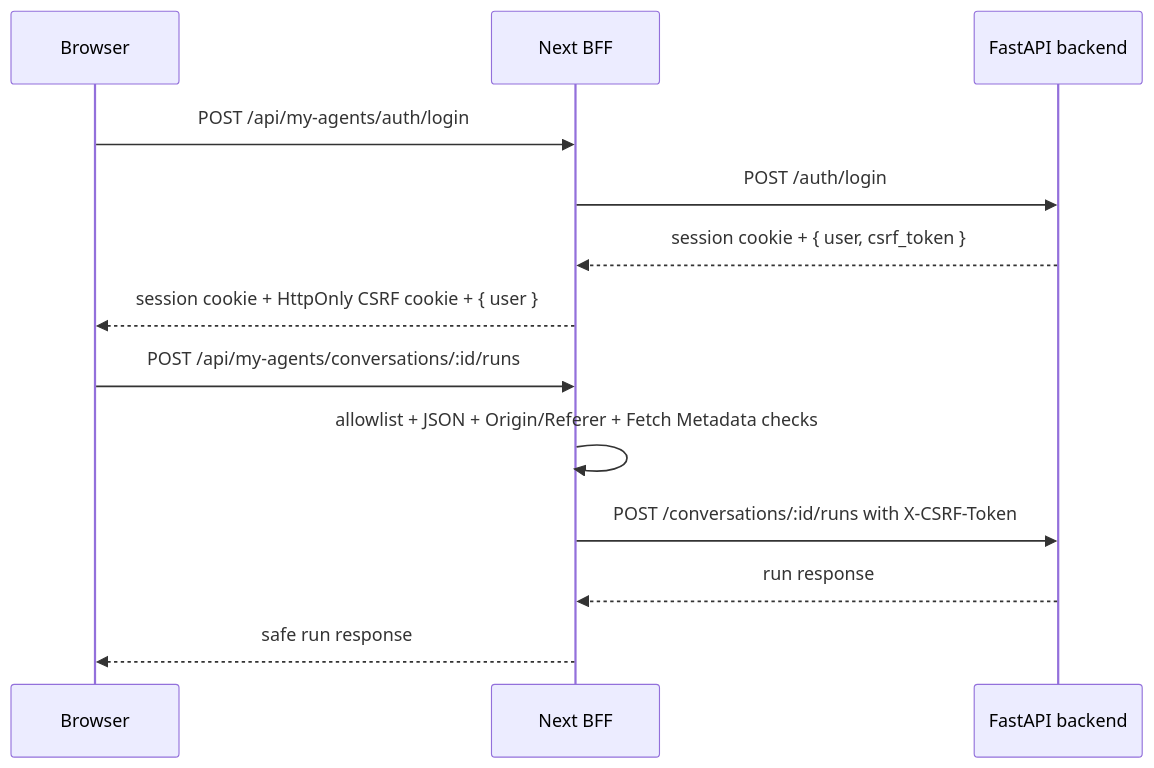
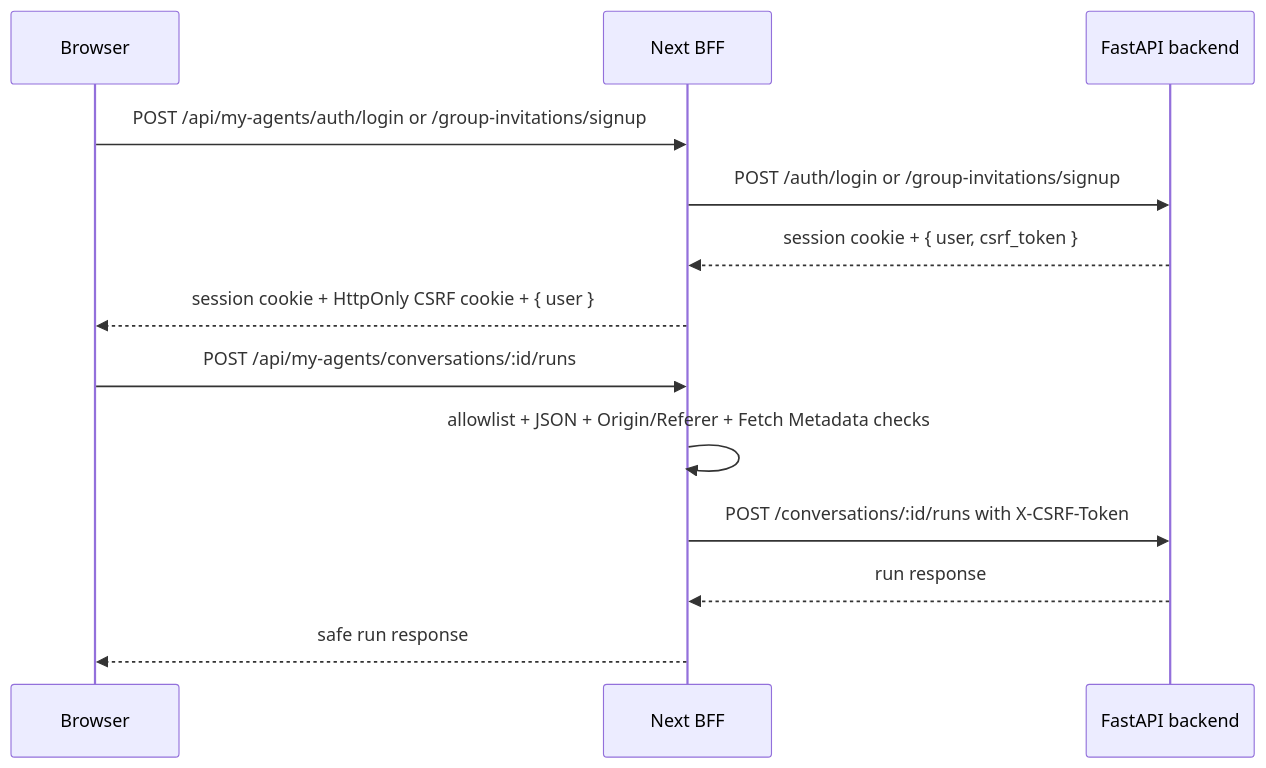
The diagram in docs/security-and-backend-boundary.md (heecheon92/my-agents-frontend), drawn with Mermaid before and after one commit. The commit also changed other lines of this file and 21 other files, not shown here.

First line of the commit message:
Route no-account invitations through token signup

````diff
--- a/docs/security-and-backend-boundary.md
+++ b/docs/security-and-backend-boundary.md
@@ -35,17 +35,17 @@
 ```mermaid
 sequenceDiagram
     participant Browser
     participant BFF as Next BFF
     participant Backend as FastAPI backend
 
-    Browser->>BFF: POST /api/my-agents/auth/login
-    BFF->>Backend: POST /auth/login
+    Browser->>BFF: POST /api/my-agents/auth/login or /group-invitations/signup
+    BFF->>Backend: POST /auth/login or /group-invitations/signup
     Backend-->>BFF: session cookie + { user, csrf_token }
     BFF-->>Browser: session cookie + HttpOnly CSRF cookie + { user }
 
     Browser->>BFF: POST /api/my-agents/conversations/:id/runs
     BFF->>BFF: allowlist + JSON + Origin/Referer + Fetch Metadata checks
     BFF->>Backend: POST /conversations/:id/runs with X-CSRF-Token
     Backend-->>BFF: run response
     BFF-->>Browser: safe run response
 ```
````
